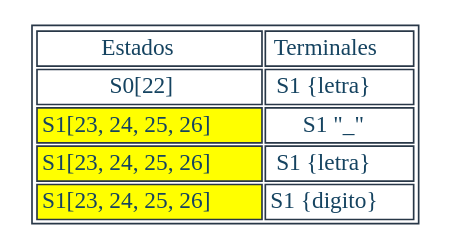
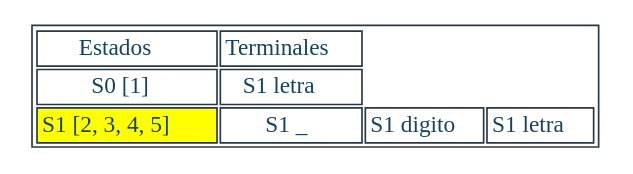
Before and after one commit to JeffMendez/OCL_Proyecto1_201901557: the diagram in Regexive/archivos/TRANSICIONES_201901557/ExpReg1.dot, drawn with Graphviz. The commit also changed 58 other files, not shown here.

```diff
--- a/Regexive/archivos/TRANSICIONES_201901557/ExpReg1.dot
+++ b/Regexive/archivos/TRANSICIONES_201901557/ExpReg1.dot
@@ -1,18 +1,14 @@
 digraph T {
 aHtmlTable [
    shape=plaintext
    color="#283747" fontcolor="#154360" label=<
 
    <table border='1' cellborder='1'>
    <tr>
       <td>Estados</td>
       <td>Terminales</td>
-   </tr>	<tr><td>S0[22]</td><td>S1 {letra}</td></tr>
-	<tr><td bgcolor="yellow">S1[23, 24, 25, 26]</td><td>S1 "_"</td></tr>
-	<tr><td bgcolor="yellow">S1[23, 24, 25, 26]</td><td>S1 {letra}</td></tr>
-	<tr><td bgcolor="yellow">S1[23, 24, 25, 26]</td><td>S1 {digito}</td></tr>
-</table>
+   </tr><tr><td>S0 [1]</td><td>S1 letra</td></tr><tr><td bgcolor="yellow"> S1 [2, 3, 4, 5]</td><td>S1 _</td><td>S1 digito</td><td>S1 letra</td></tr></table>
 
    >]; 
 
 }
```
